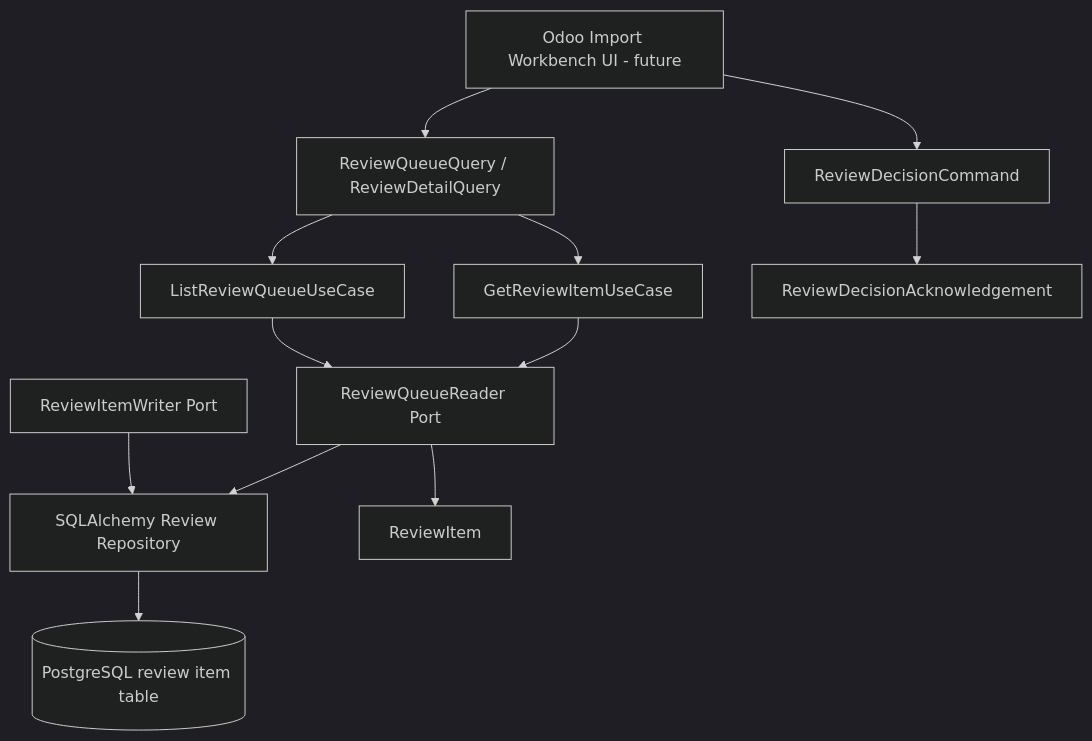
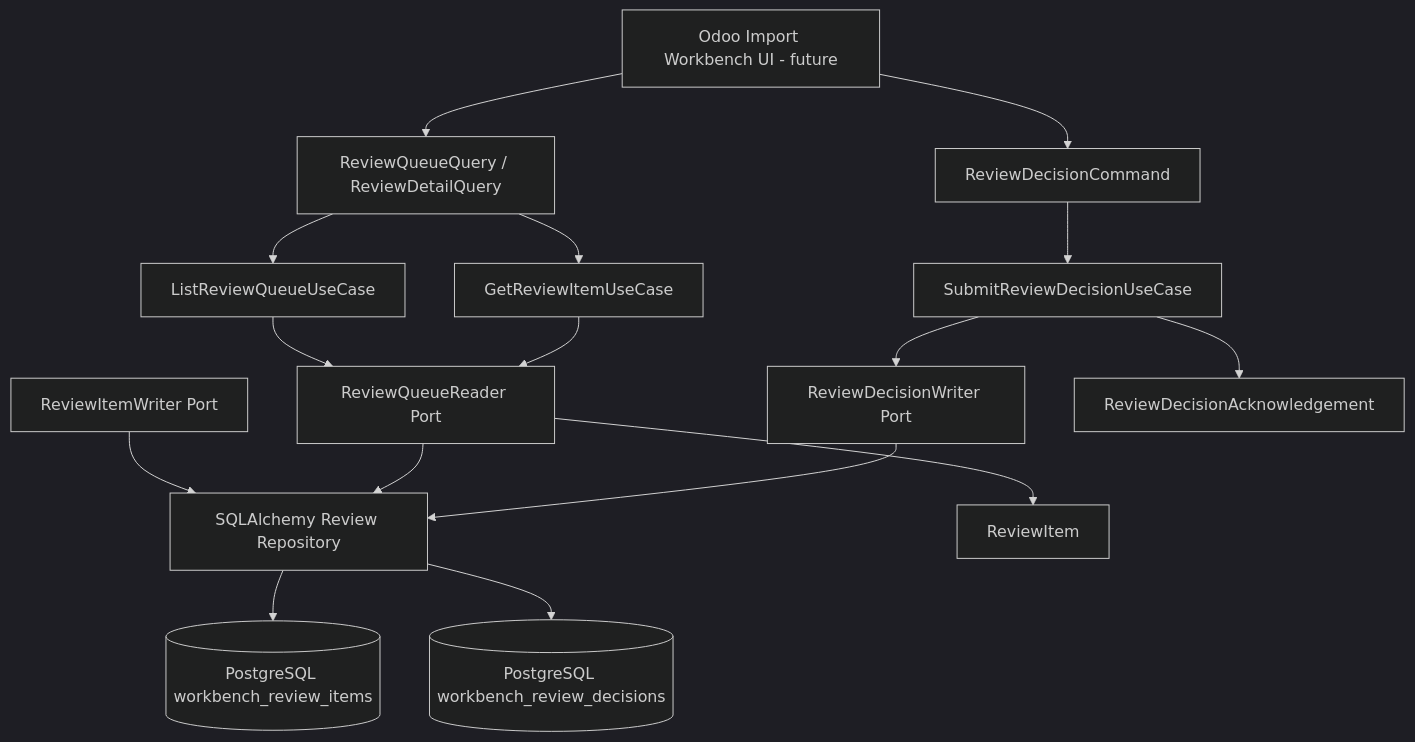
Before and after one commit to odurmazoglu/ict-integration-hub: the third of 4 diagrams in docs/IMPORT_WORKBENCH.md, drawn with Mermaid (dark theme). The commit also changed other lines of this file and 19 other files, not shown here.

Commit message:
feat: persist workbench review decisions

````diff
--- a/docs/IMPORT_WORKBENCH.md
+++ b/docs/IMPORT_WORKBENCH.md
@@ -137,26 +153,33 @@
 ```mermaid
 flowchart TB
     OdooWorkbench[Odoo Import Workbench UI - future]
     Query[ReviewQueueQuery / ReviewDetailQuery]
     ListUseCase[ListReviewQueueUseCase]
     GetUseCase[GetReviewItemUseCase]
     Reader[ReviewQueueReader Port]
     Writer[ReviewItemWriter Port]
+    Submit[SubmitReviewDecisionUseCase]
+    DecisionWriter[ReviewDecisionWriter Port]
     Repository[SQLAlchemy Review Repository]
-    Store[(PostgreSQL review item table)]
+    ReviewItems[(PostgreSQL workbench_review_items)]
+    Decisions[(PostgreSQL workbench_review_decisions)]
     Item[ReviewItem]
     Command[ReviewDecisionCommand]
     Ack[ReviewDecisionAcknowledgement]
 
     OdooWorkbench --> Query
     Query --> ListUseCase
     Query --> GetUseCase
     ListUseCase --> Reader
     GetUseCase --> Reader
     Writer --> Repository
     Reader --> Repository
-    Repository --> Store
+    Submit --> DecisionWriter
+    DecisionWriter --> Repository
+    Repository --> ReviewItems
+    Repository --> Decisions
     Reader --> Item
     OdooWorkbench --> Command
-    Command --> Ack
+    Command --> Submit
+    Submit --> Ack
 ```
````
